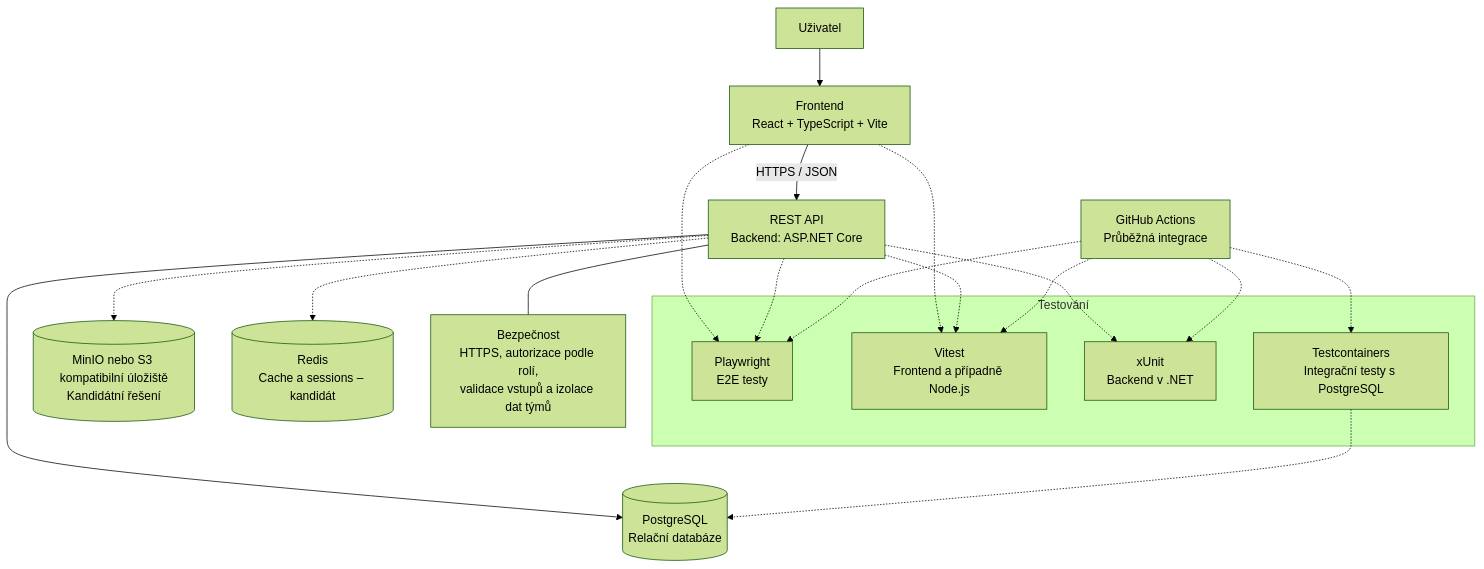
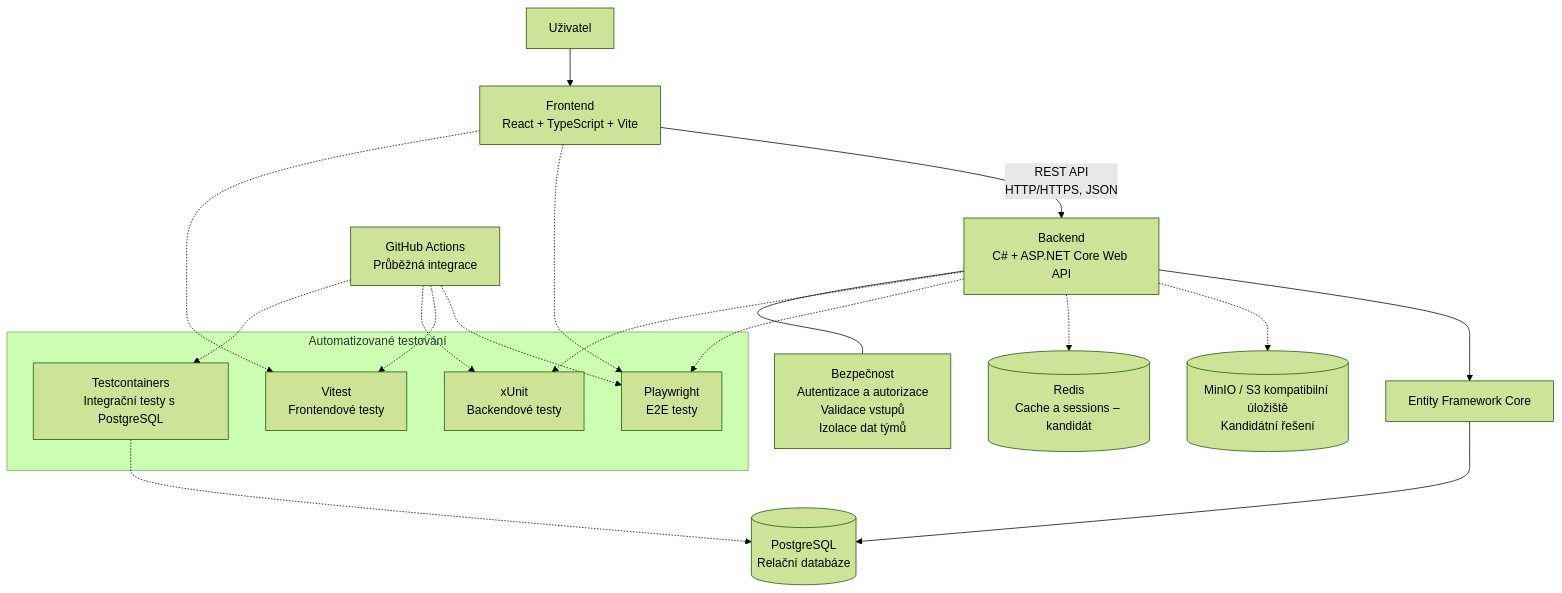
Before and after one commit to KulisciOsu/StudentFlow: the diagram in documents/ELABORATION/TECHNOLOGICAL_DESIGN.md, drawn with Mermaid (forest theme). The commit also changed other lines of this file, not shown here.

````diff
--- a/documents/ELABORATION/TECHNOLOGICAL_DESIGN.md
+++ b/documents/ELABORATION/TECHNOLOGICAL_DESIGN.md
@@ -33,43 +34,39 @@
 ```mermaid
 flowchart TD
     U["Uživatel"]
-
     FE["Frontend<br/>React + TypeScript + Vite"]
-
-    API["REST API<br/>Backend: ASP.NET Core<br/>"]
-
+    API["Backend<br/>C# + ASP.NET Core Web API"]
     DB[("PostgreSQL<br/>Relační databáze")]
-
-    FS[("MinIO nebo S3 kompatibilní úložiště<br/>Kandidátní řešení")]
-
+    EF["Entity Framework Core"]
+    FS[("MinIO / S3 kompatibilní úložiště<br/>Kandidátní řešení")]
     REDIS[("Redis<br/>Cache a sessions – kandidát")]
 
     U --> FE
-    FE -->|"HTTPS / JSON"| API
-    API --> DB
+    FE -->|"REST API<br/>HTTP/HTTPS, JSON"| API
+    API --> EF
+    EF --> DB
     API -.-> FS
     API -.-> REDIS
 
-    subgraph TESTS["Testování"]
+    subgraph TESTS["Automatizované testování"]
         PW["Playwright<br/>E2E testy"]
-        VITEST["Vitest<br/>Frontend a případně Node.js"]
-        XUNIT["xUnit<br/>Backend v .NET"]
+        VITEST["Vitest<br/>Frontendové testy"]
+        XUNIT["xUnit<br/>Backendové testy"]
         TC["Testcontainers<br/>Integrační testy s PostgreSQL"]
     end
 
     FE -.-> PW
     API -.-> PW
     FE -.-> VITEST
-    API -.-> VITEST
     API -.-> XUNIT
     TC -.-> DB
 
     CI["GitHub Actions<br/>Průběžná integrace"]
     CI -.-> PW
     CI -.-> VITEST
     CI -.-> XUNIT
     CI -.-> TC
 
-    SEC["Bezpečnost<br/>HTTPS, autorizace podle rolí,<br/>validace vstupů a izolace dat týmů"]
+    SEC["Bezpečnost<br/>Autentizace a autorizace<br/>Validace vstupů<br/>Izolace dat týmů"]
     API --- SEC
 ```
````
